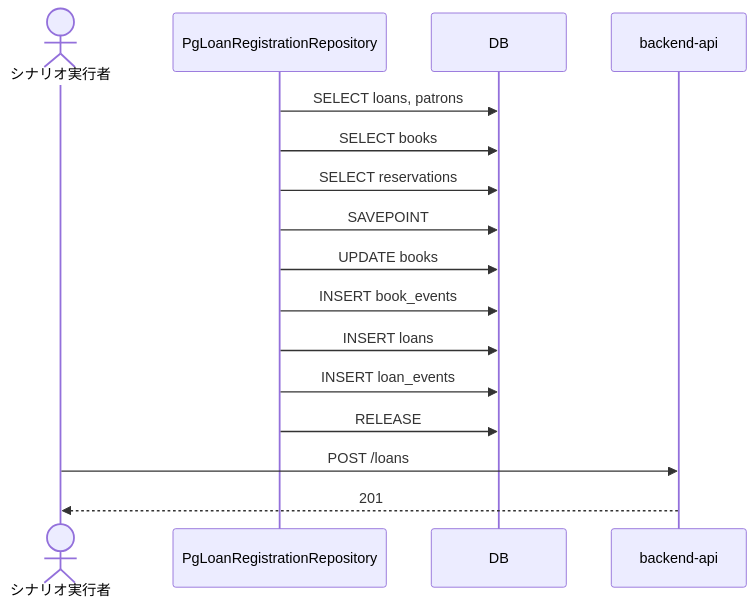
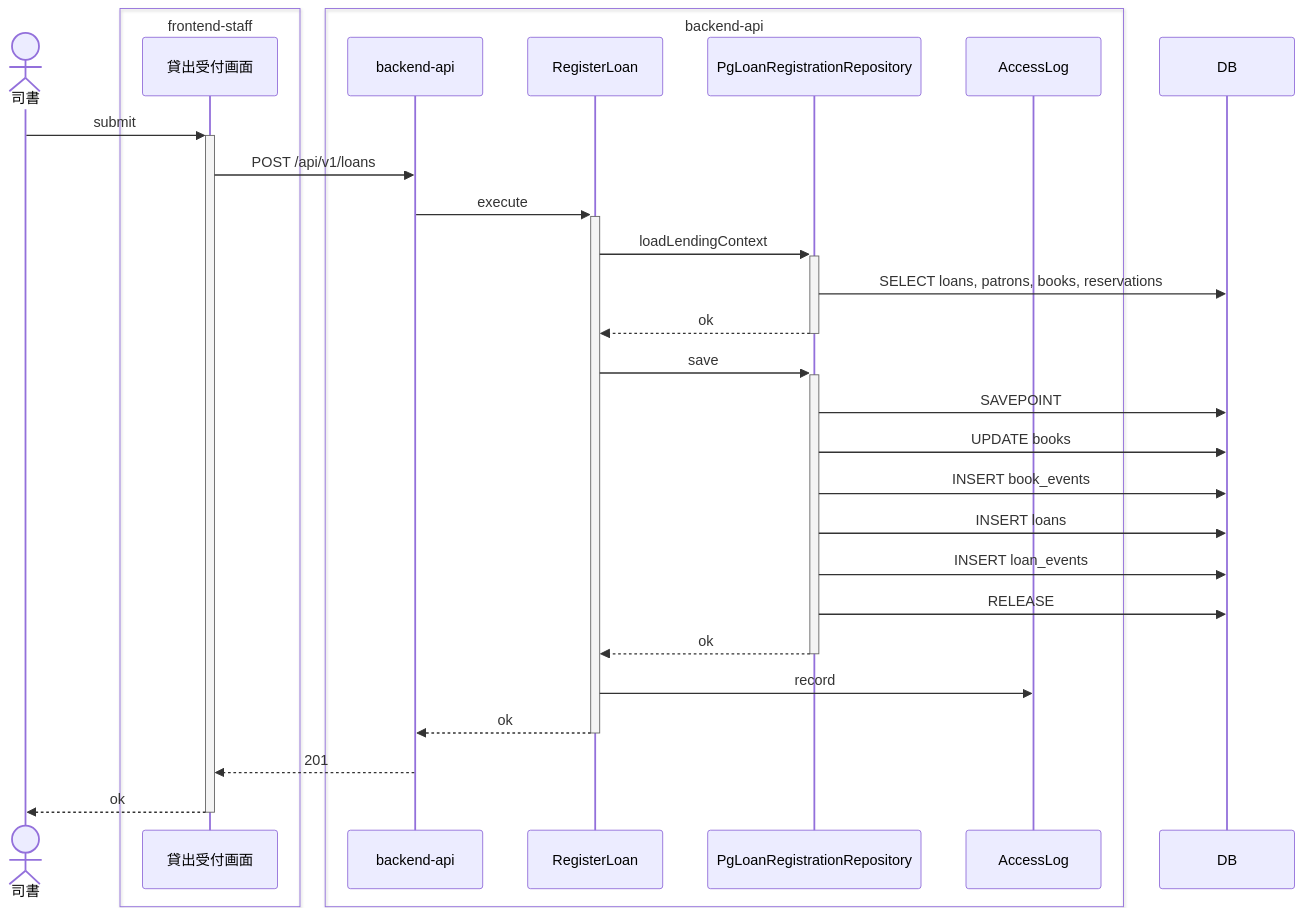
The eighth of 9 diagrams in samples/distillery2/library-loan/docs/as-built/貸出業務/貸出を登録する/sequence.md (suwa-sh/suwa-sh-claude-plugins), drawn with Mermaid before and after one commit. The commit also changed other lines of this file and 64 other files, not shown here.

First line of the commit message:
feat(distillery2): as-built を読者の順に組み替え、e2e シーケンス図とデータフロー図を追加 (0.1.5)

````diff
--- a/samples/distillery2/library-loan/docs/as-built/貸出業務/貸出を登録する/sequence.md
+++ b/samples/distillery2/library-loan/docs/as-built/貸出業務/貸出を登録する/sequence.md
@@ -112,18 +212,32 @@
 ```mermaid
 sequenceDiagram
-    actor p0________ as シナリオ実行者
-    participant p1_PgLoanRegistrationRepository as PgLoanRegistrationRepository
-    participant p2_DB as DB
-    participant p3_backend_api as backend-api
-    p1_PgLoanRegistrationRepository->>p2_DB: SELECT loans, patrons
-    p1_PgLoanRegistrationRepository->>p2_DB: SELECT books
-    p1_PgLoanRegistrationRepository->>p2_DB: SELECT reservations
-    p1_PgLoanRegistrationRepository->>p2_DB: SAVEPOINT
-    p1_PgLoanRegistrationRepository->>p2_DB: UPDATE books
-    p1_PgLoanRegistrationRepository->>p2_DB: INSERT book_events
-    p1_PgLoanRegistrationRepository->>p2_DB: INSERT loans
-    p1_PgLoanRegistrationRepository->>p2_DB: INSERT loan_events
-    p1_PgLoanRegistrationRepository->>p2_DB: RELEASE
-    p0________->>p3_backend_api: POST /loans
-    p3_backend_api-->>p0________: 201
+    actor p0 as 司書
+    box transparent frontend-staff
+        participant p1 as 貸出受付画面
+    end
+    box transparent backend-api
+        participant p2 as backend-api
+        participant p3 as RegisterLoan
+        participant p4 as PgLoanRegistrationRepository
+        participant p6 as AccessLog
+    end
+    participant p5 as DB
+    p0->>+p1: submit
+    p1->>p2: POST /api/v1/loans
+    p2->>+p3: execute
+    p3->>+p4: loadLendingContext
+    p4->>p5: SELECT loans, patrons, books, reservations
+    p4-->>-p3: ok
+    p3->>+p4: save
+    p4->>p5: SAVEPOINT
+    p4->>p5: UPDATE books
+    p4->>p5: INSERT book_events
+    p4->>p5: INSERT loans
+    p4->>p5: INSERT loan_events
+    p4->>p5: RELEASE
+    p4-->>-p3: ok
+    p3->>p6: record
+    p3-->>-p2: ok
+    p2-->>p1: 201
+    p1-->>-p0: ok
 ```
````
